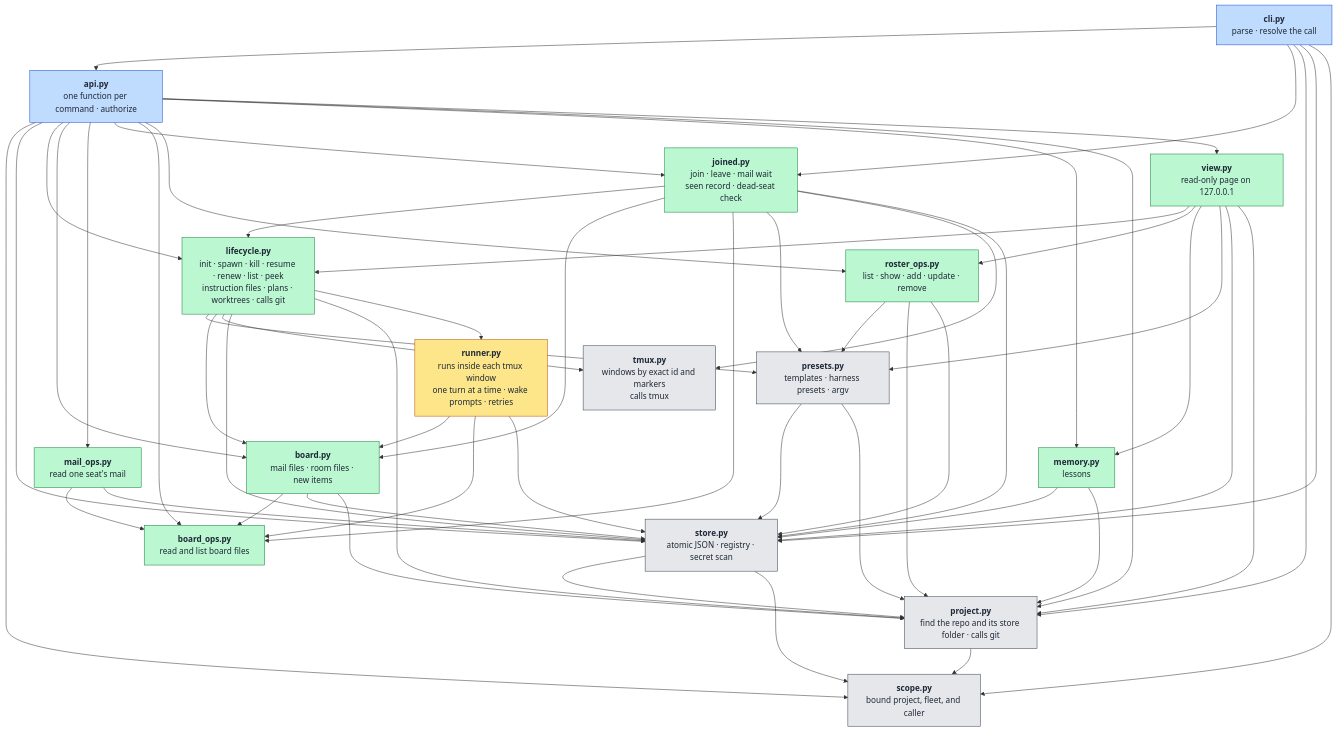
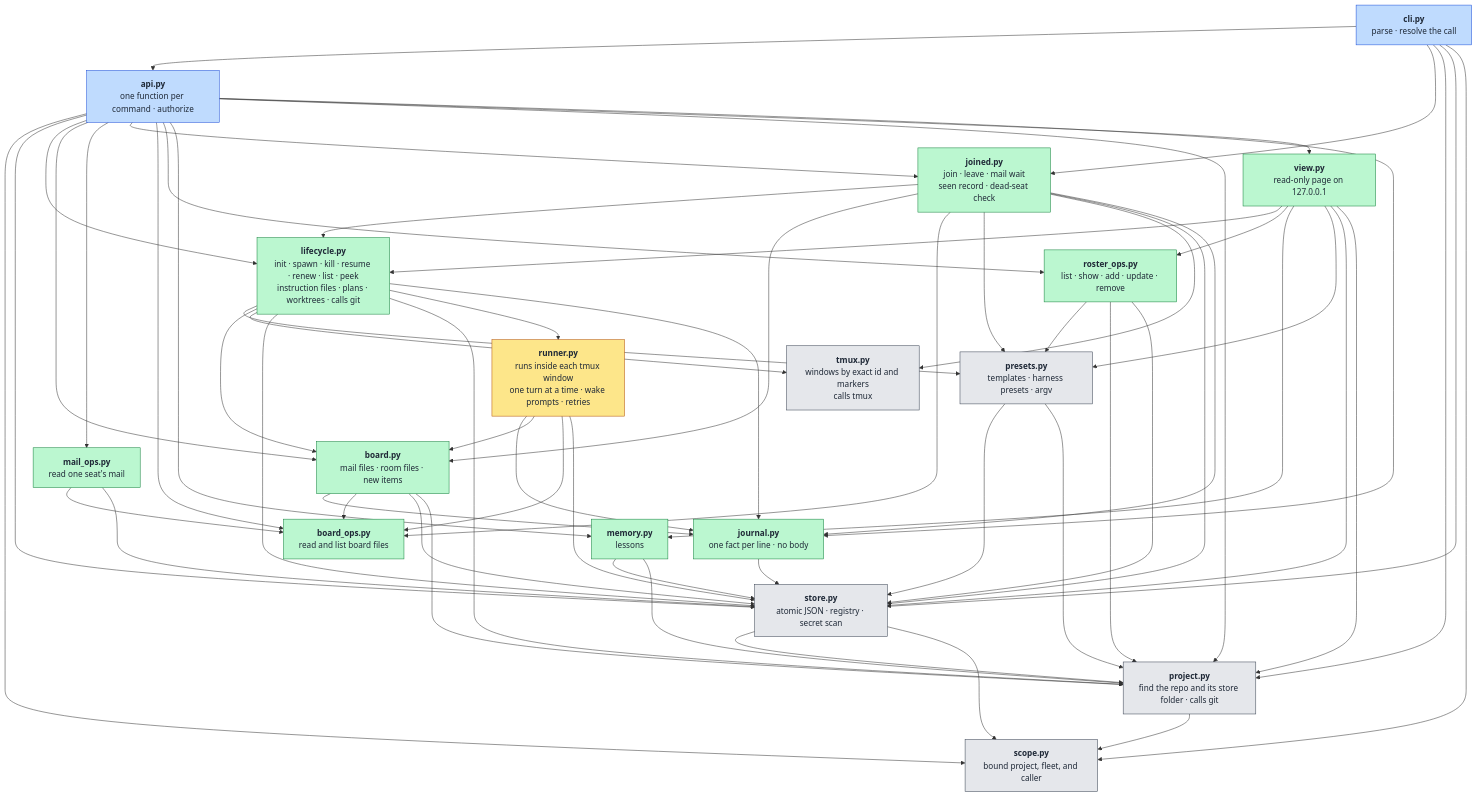
The first of 2 diagrams in docs/architecture.md (TiantianFlow/foil), drawn with Mermaid before and after one commit. The commit also changed other lines of this file and 15 other files, not shown here.

````diff
--- a/docs/architecture.md
+++ b/docs/architecture.md
@@ -54,6 +55,7 @@
   scope["<b>scope.py</b><br/>bound project, fleet, and caller"]
 
   runner["<b>runner.py</b><br/>runs inside each tmux window<br/>one turn at a time · wake prompts · retries"]
+  journal["<b>journal.py</b><br/>one fact per line · no body"]
 
   cli --> api
   cli --> joined
@@ -89,6 +91,12 @@
   lifecycle --> store
   lifecycle --> project
   lifecycle --> runner
+  api --> journal
+  lifecycle --> journal
+  runner --> journal
+  board --> journal
+  joined --> journal
+  journal --> store
   runner --> board
   runner --> board_ops
   runner --> store
@@ -113,7 +121,7 @@
   classDef base fill:#e5e7eb,stroke:#374151,color:#1f2937
   classDef apart fill:#fde68a,stroke:#b45309,color:#1f2937
   class cli,api entry
-  class lifecycle,board,mail_ops,joined,board_ops,roster_ops,memory,view core
+  class lifecycle,board,mail_ops,joined,board_ops,roster_ops,memory,view,journal core
   class presets,tmuxmod,store,project,scope base
   class runner apart
 ```
````
